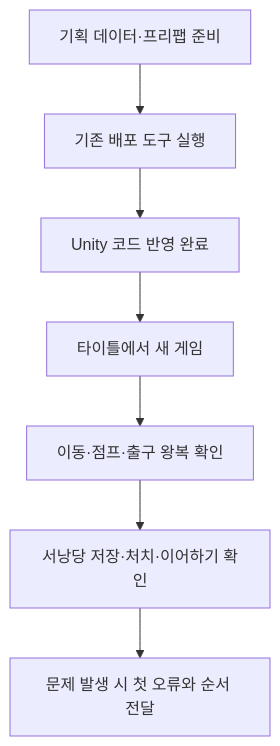
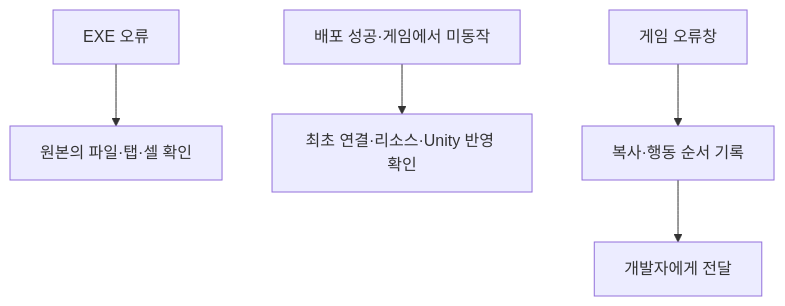
One commit to lkhwcf-arch/Human_Ghost- changed the fifth of 5 diagrams in Docs/기획자용 안내문서/기획자용 공통 모듈 연결과 확인 안내.md. Above: the diagram before and after it, drawn with Mermaid. The commit also changed other lines of this file and 92 other files, not shown here.

````diff
--- a/Docs/기획자용 안내문서/기획자용 공통 모듈 연결과 확인 안내.md
+++ b/Docs/기획자용 안내문서/기획자용 공통 모듈 연결과 확인 안내.md
@@ -130,9 +131,7 @@
-```mermaid
+~~~mermaid
 flowchart TD
-    A[기획 데이터·프리팹 준비] --> B[기존 배포 도구 실행]
-    B --> C[Unity 코드 반영 완료]
-    C --> D[타이틀에서 새 게임]
-    D --> E[이동·점프·출구 왕복 확인]
-    E --> F[서낭당 저장·처치·이어하기 확인]
-    F --> G[문제 발생 시 첫 오류와 순서 전달]
-```
+    A[EXE 오류] --> B[원본의 파일·탭·셀 확인]
+    C[배포 성공·게임에서 미동작] --> D[최초 연결·리소스·Unity 반영 확인]
+    E[게임 오류창] --> F[복사·행동 순서 기록]
+    F --> G[개발자에게 전달]
+~~~
````
